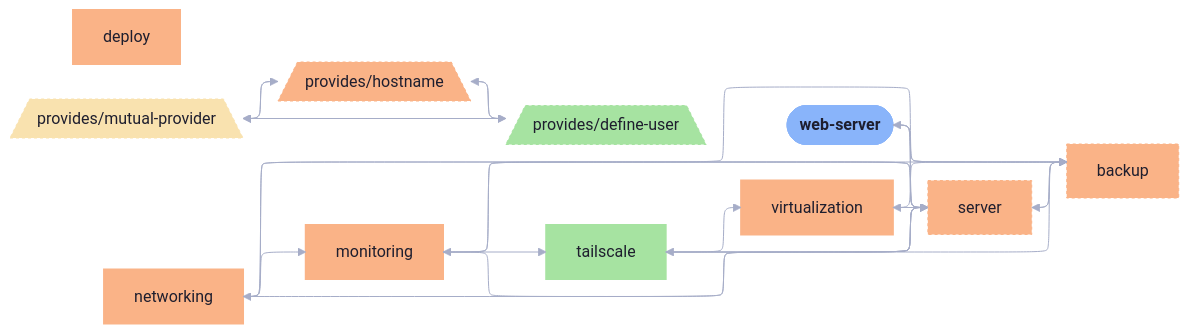
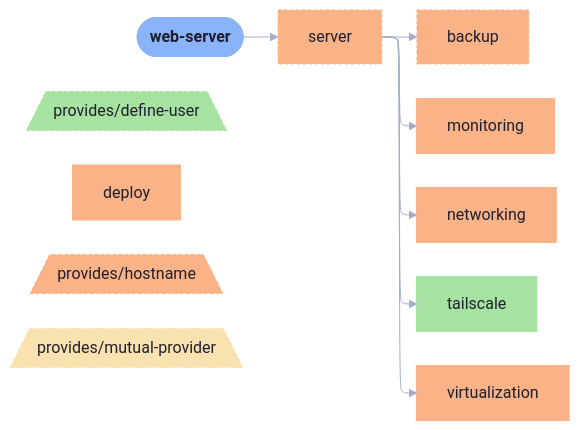
Before and after one commit to sini/den: the diagram in templates/diag-fx-demo/diagrams/web-server-simple.md, drawn with Mermaid. The commit also changed 849 other files, not shown here.

Commit message:
chore: update fx diagrams

````diff
--- a/templates/diag-fx-demo/diagrams/web-server-simple.md
+++ b/templates/diag-fx-demo/diagrams/web-server-simple.md
@@ -5,55 +5,35 @@
 ```mermaid
 %%{init: {"elk":{"mergeEdges":true,"nodePlacementStrategy":"BRANDES_KOEPF"},"layout":"elk","theme":"base","themeVariables":{"activationBkgColor":"#313244","activationBorderColor":"#6c7086","actorBkg":"#313244","actorBorder":"#a6adc8","actorLineColor":"#a6adc8","actorTextColor":"#cdd6f4","background":"#1e1e2e","classText":"#cdd6f4","clusterBkg":"#313244","clusterBorder":"#6c7086","edgeLabelBackground":"#1e1e2e","labelBoxBkgColor":"#313244","labelBoxBorderColor":"#a6adc8","labelTextColor":"#cdd6f4","lineColor":"#a6adc8","loopTextColor":"#cdd6f4","mainBkg":"#313244","nodeBkg":"#313244","nodeBorder":"#a6adc8","nodeTextColor":"#cdd6f4","noteBkgColor":"#313244","noteBorderColor":"#6c7086","noteTextColor":"#cdd6f4","pie1":"#f38ba8","pie2":"#fab387","pie3":"#f9e2af","pie4":"#a6e3a1","pie5":"#94e2d5","pie6":"#89b4fa","pie7":"#cba6f7","pie8":"#f2cdcd","pieLegendTextColor":"#cdd6f4","pieOuterStrokeColor":"#6c7086","pieSectionTextColor":"#cdd6f4","pieStrokeColor":"#6c7086","pieTitleTextColor":"#cdd6f4","primaryBorderColor":"#a6adc8","primaryColor":"#313244","primaryTextColor":"#cdd6f4","secondBkg":"#313244","secondaryBorderColor":"#6c7086","secondaryColor":"#313244","secondaryTextColor":"#cdd6f4","sequenceNumberColor":"#1e1e2e","signalColor":"#a6adc8","signalTextColor":"#cdd6f4","tertiaryBorderColor":"#6c7086","tertiaryColor":"#313244","tertiaryTextColor":"#cdd6f4","textColor":"#cdd6f4","titleColor":"#cdd6f4"}}}%%
 graph LR
   web_server([web-server]):::root
   backup["backup"]:::backup_c
   den__provides__define_user[/"provides/define-user"\]:::den__provides__define_user_c
   deploy["deploy"]:::deploy_c
   den__provides__hostname[/"provides/hostname"\]:::den__provides__hostname_c
   monitoring["monitoring"]:::monitoring_c
   den__provides__mutual_provider[/"provides/mutual-provider"\]:::den__provides__mutual_provider_c
   networking["networking"]:::networking_c
   server["server"]:::server_c
   tailscale["tailscale"]:::tailscale_c
   virtualization["virtualization"]:::virtualization_c
 
-  backup --> server
-  den__provides__mutual_provider --> den__provides__define_user
-  den__provides__mutual_provider --> den__provides__hostname
-  den__provides__hostname --> den__provides__define_user
-  den__provides__define_user --> den__provides__hostname
-  den__provides__define_user --> den__provides__mutual_provider
-  den__provides__hostname --> den__provides__mutual_provider
-  monitoring --> backup
-  networking --> backup
+  server --> monitoring
   server --> backup
-  tailscale --> backup
-  virtualization --> backup
-  web_server --> backup
-  monitoring --> server
-  networking --> server
-  tailscale --> server
-  virtualization --> server
-  web_server --> server
-  monitoring --> tailscale
-  networking --> monitoring
-  server --> monitoring
   server --> virtualization
   server --> networking
   server --> tailscale
-  server --> web_server
-  tailscale --> virtualization
+  web_server --> server
 
   classDef root fill:#89b4fa,stroke:#89b4fa,color:#1e1e2e,font-weight:bold
   classDef backup_c fill:#fab387,stroke:#fab387,color:#1e1e2e,stroke-dasharray: 3 3,stroke-width:1px
   classDef den__provides__define_user_c fill:#a6e3a1,stroke:#a6e3a1,color:#1e1e2e,stroke-dasharray: 3 3,stroke-width:1px
   classDef deploy_c fill:#fab387,stroke:#fab387,color:#1e1e2e,stroke-width:2px
   classDef den__provides__hostname_c fill:#fab387,stroke:#fab387,color:#1e1e2e,stroke-dasharray: 3 3,stroke-width:1px
   classDef monitoring_c fill:#fab387,stroke:#fab387,color:#1e1e2e,stroke-width:2px
   classDef den__provides__mutual_provider_c fill:#f9e2af,stroke:#f9e2af,color:#1e1e2e,stroke-dasharray: 3 3,stroke-width:1px
   classDef networking_c fill:#fab387,stroke:#fab387,color:#1e1e2e,stroke-width:2px
   classDef server_c fill:#fab387,stroke:#fab387,color:#1e1e2e,stroke-dasharray: 3 3,stroke-width:1px
   classDef tailscale_c fill:#a6e3a1,stroke:#a6e3a1,color:#1e1e2e,stroke-width:2px
   classDef virtualization_c fill:#fab387,stroke:#fab387,color:#1e1e2e,stroke-width:2px
-  classDef web_server_c fill:#f9e2af,stroke:#f9e2af,color:#1e1e2e,stroke-width:3px
+  classDef web_server_c fill:#f9e2af,stroke:#f9e2af,color:#1e1e2e,stroke-width:2px
 ```
````
